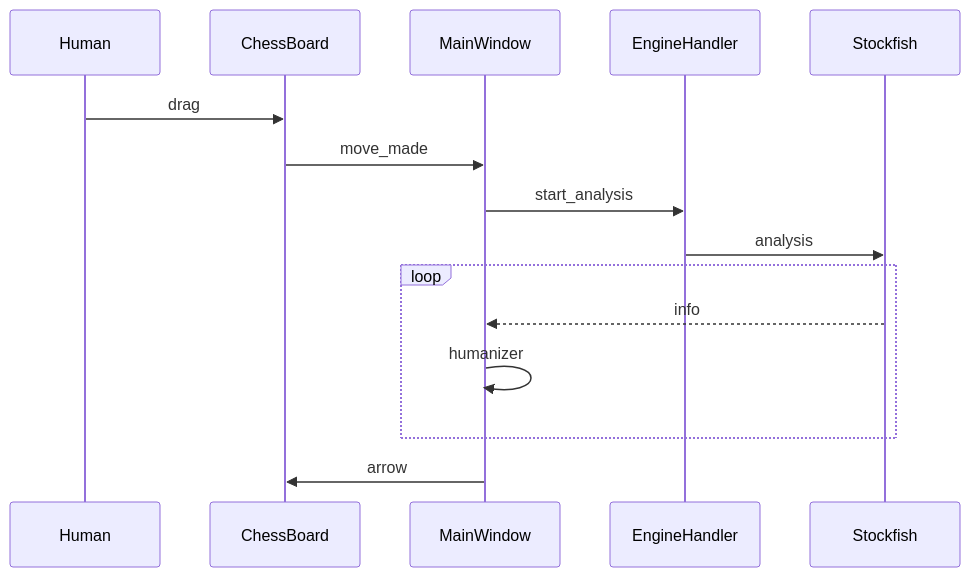
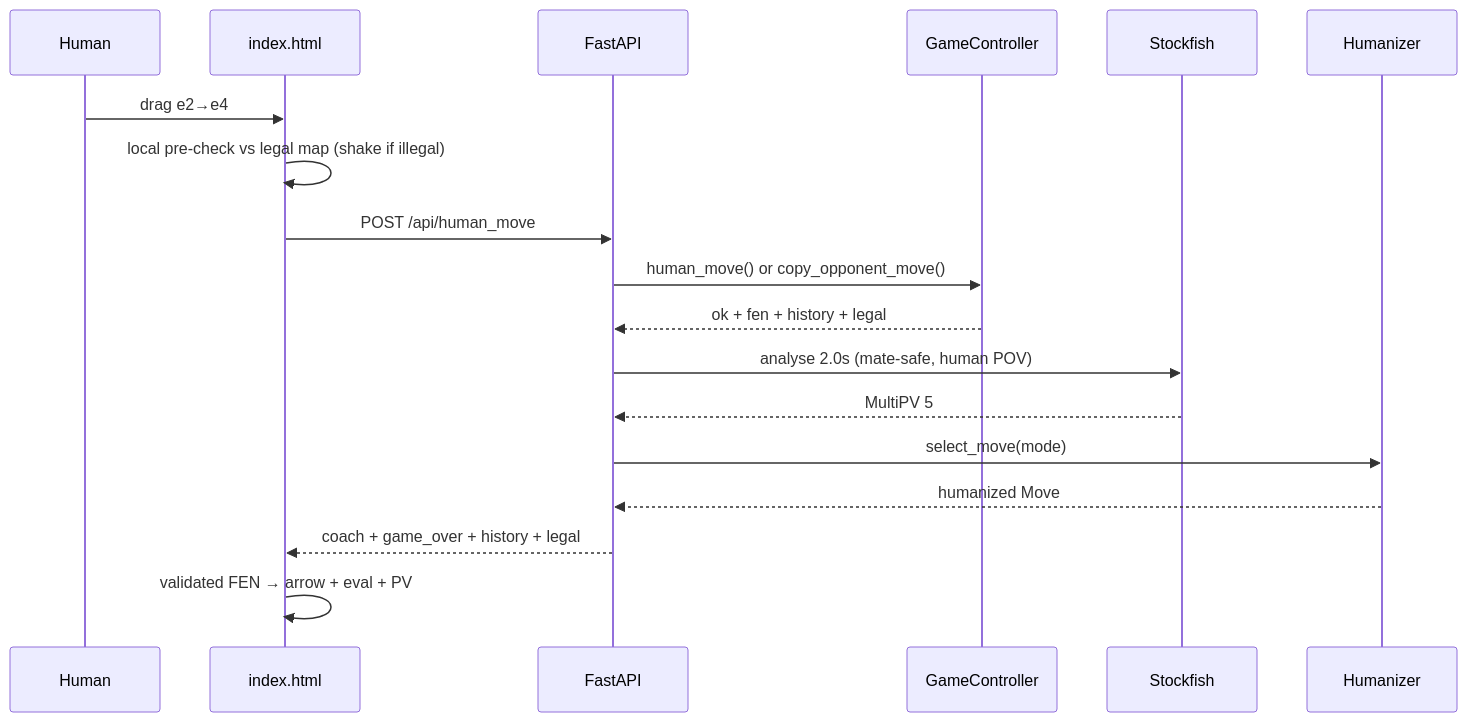
One commit to krsnaSuraj/chess-coach changed the second of 2 diagrams in ARCHITECTURE.md. Above: the diagram before and after it, drawn with Mermaid. The commit also changed other lines of this file and 38 other files, not shown here.

Commit message:
v0.1.1 major upgrade: stability, modes, pin-to-top, vanilla SPA, render fixes, drag-grab, UI gating, history preview, 194 tests, docs

````diff
--- a/ARCHITECTURE.md
+++ b/ARCHITECTURE.md
@@ -99,17 +107,20 @@
 ```mermaid
 sequenceDiagram
     participant U as Human
-    participant CB as ChessBoard
-    participant MW as MainWindow
-    participant EH as EngineHandler
+    participant SPA as index.html
+    participant API as FastAPI
+    participant GC as GameController
     participant SF as Stockfish
-    U->>CB: drag
-    CB->>MW: move_made
-    MW->>EH: start_analysis
-    EH->>SF: analysis
-    loop
-        SF-->>MW: info
-        MW->>MW: humanizer
-    end
-    MW->>CB: arrow
+    participant HZ as Humanizer
+    U->>SPA: drag e2→e4
+    SPA->>SPA: local pre-check vs legal map (shake if illegal)
+    SPA->>API: POST /api/human_move
+    API->>GC: human_move() or copy_opponent_move()
+    GC-->>API: ok + fen + history + legal
+    API->>SF: analyse 2.0s (mate-safe, human POV)
+    SF-->>API: MultiPV 5
+    API->>HZ: select_move(mode)
+    HZ-->>API: humanized Move
+    API-->>SPA: coach + game_over + history + legal
+    SPA->>SPA: validated FEN → arrow + eval + PV
 ```
````
